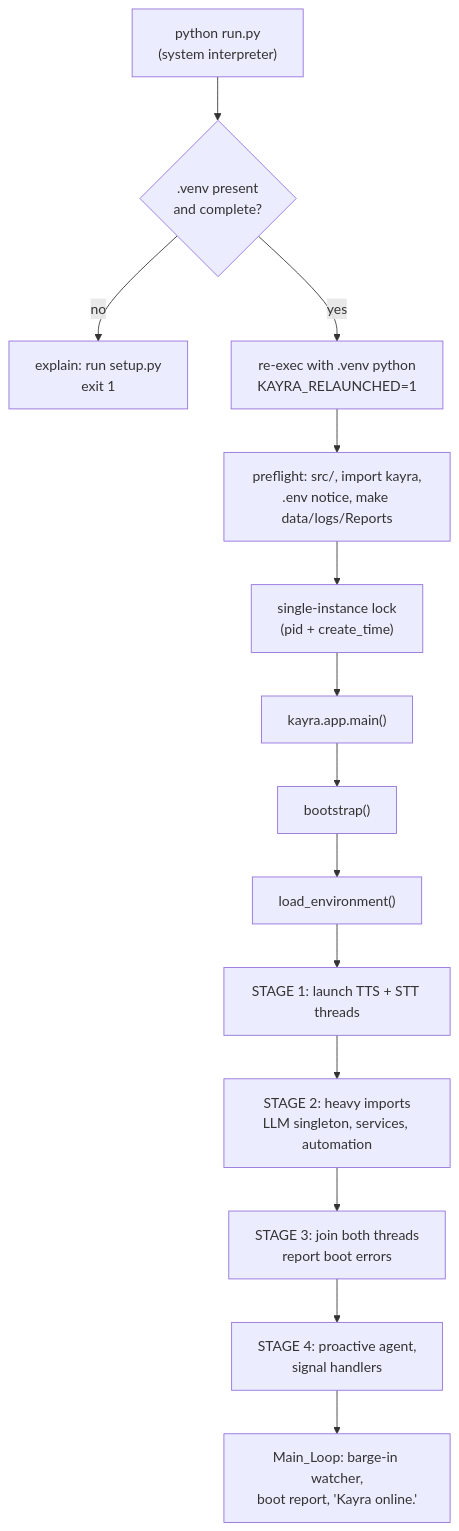
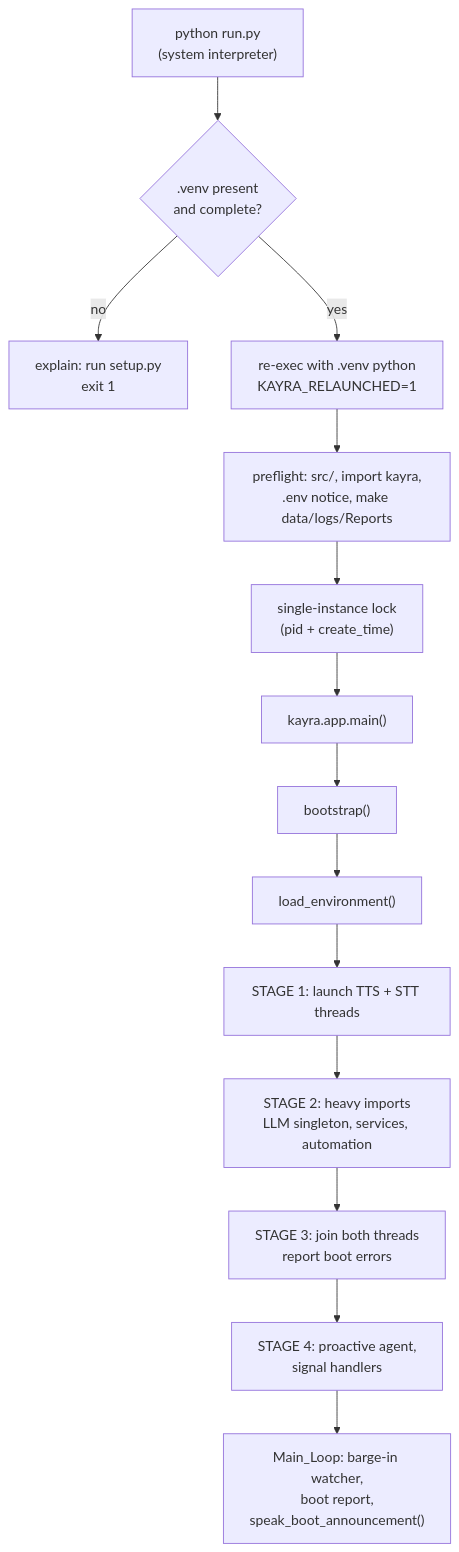
Before and after one commit to lucifer046/project-kayra: the ninth of 10 diagrams in docs/KAYRA_SYSTEM_ARCHITECTURE.md, drawn with Mermaid. The commit also changed other lines of this file and 70 other files, not shown here.

````diff
--- a/docs/KAYRA_SYSTEM_ARCHITECTURE.md
+++ b/docs/KAYRA_SYSTEM_ARCHITECTURE.md
@@ -1986,17 +2630,17 @@
 ```mermaid
 flowchart TD
     A["python run.py<br/>(system interpreter)"] --> B{".venv present<br/>and complete?"}
     B -- no --> C["explain: run setup.py<br/>exit 1"]
     B -- yes --> D["re-exec with .venv python<br/>KAYRA_RELAUNCHED=1"]
     D --> E["preflight: src/, import kayra,<br/>.env notice, make data/logs/Reports"]
     E --> F["single-instance lock<br/>(pid + create_time)"]
     F --> G["kayra.app.main()"]
     G --> H["bootstrap()"]
 
     H --> I["load_environment()"]
     I --> J["STAGE 1: launch TTS + STT threads"]
     J --> K["STAGE 2: heavy imports<br/>LLM singleton, services, automation"]
     K --> L["STAGE 3: join both threads<br/>report boot errors"]
     L --> M["STAGE 4: proactive agent,<br/>signal handlers"]
-    M --> N["Main_Loop: barge-in watcher,<br/>boot report, 'Kayra online.'"]
+    M --> N["Main_Loop: barge-in watcher,<br/>boot report,<br/>speak_boot_announcement()"]
 ```
````
